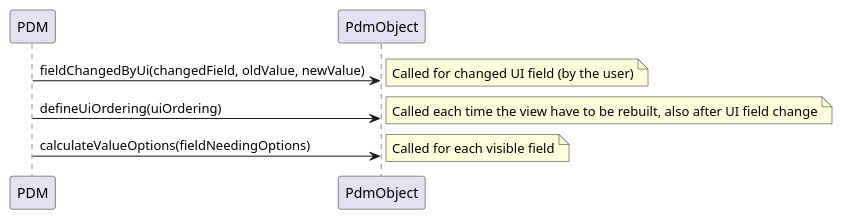
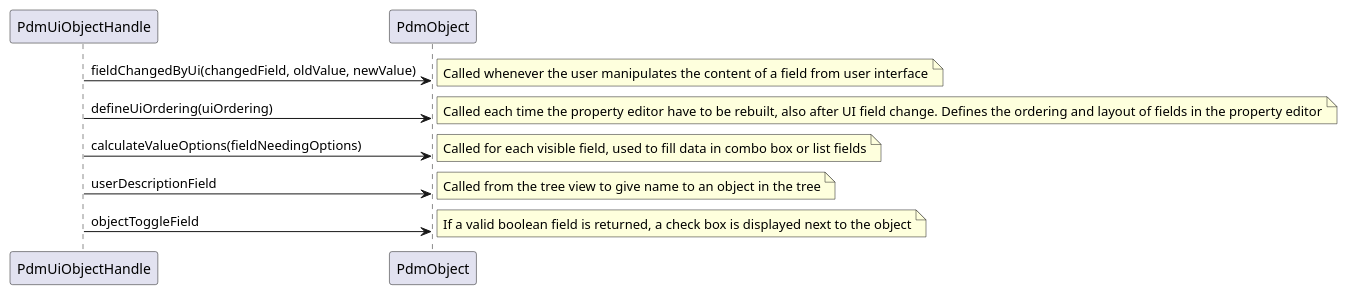
One commit to OPM/ResInsight changed the diagram in doc/pdm_call_sequence.plantuml. Above: the diagram before and after it, drawn with PlantUML.

Commit message:
Updated diagrams

```diff
--- a/doc/pdm_call_sequence.plantuml
+++ b/doc/pdm_call_sequence.plantuml
@@ -1,10 +1,17 @@
 @startuml
-PDM -> PdmObject: fieldChangedByUi(changedField, oldValue, newValue)
-note right: Called for changed UI field (by the user)
+PdmUiObjectHandle -> PdmObject: fieldChangedByUi(changedField, oldValue, newValue)
+note right: Called whenever the user manipulates the content of a field from user interface
 
-PDM -> PdmObject: defineUiOrdering(uiOrdering)
-note right: Called each time the view have to be rebuilt, also after UI field change
+PdmUiObjectHandle -> PdmObject: defineUiOrdering(uiOrdering)
+note right: Called each time the property editor have to be rebuilt, also after UI field change. Defines the ordering and layout of fields in the property editor
 
-PDM -> PdmObject: calculateValueOptions(fieldNeedingOptions)
-note right: Called for each visible field
+PdmUiObjectHandle -> PdmObject: calculateValueOptions(fieldNeedingOptions)
+note right: Called for each visible field, used to fill data in combo box or list fields
+
+PdmUiObjectHandle -> PdmObject: userDescriptionField
+note right: Called from the tree view to give name to an object in the tree
+
+PdmUiObjectHandle -> PdmObject: objectToggleField
+note right: If a valid boolean field is returned, a check box is displayed next to the object
+
 @enduml
```
